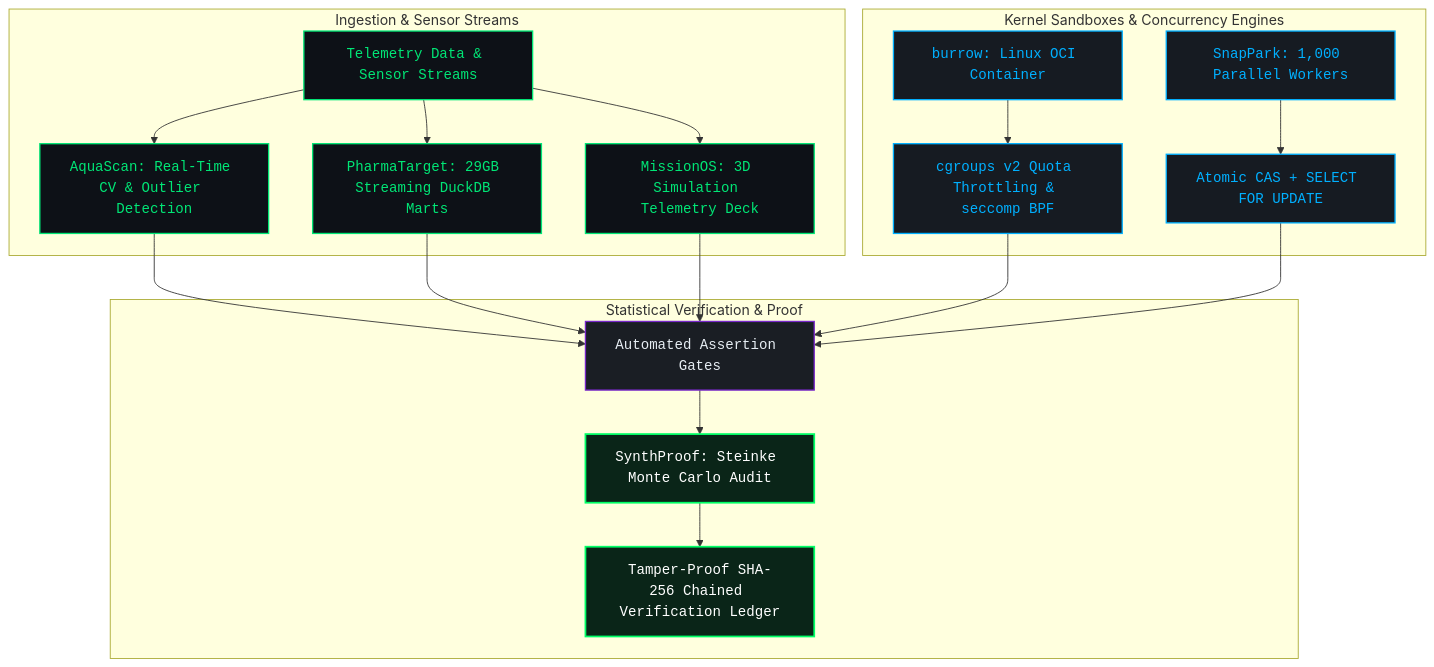
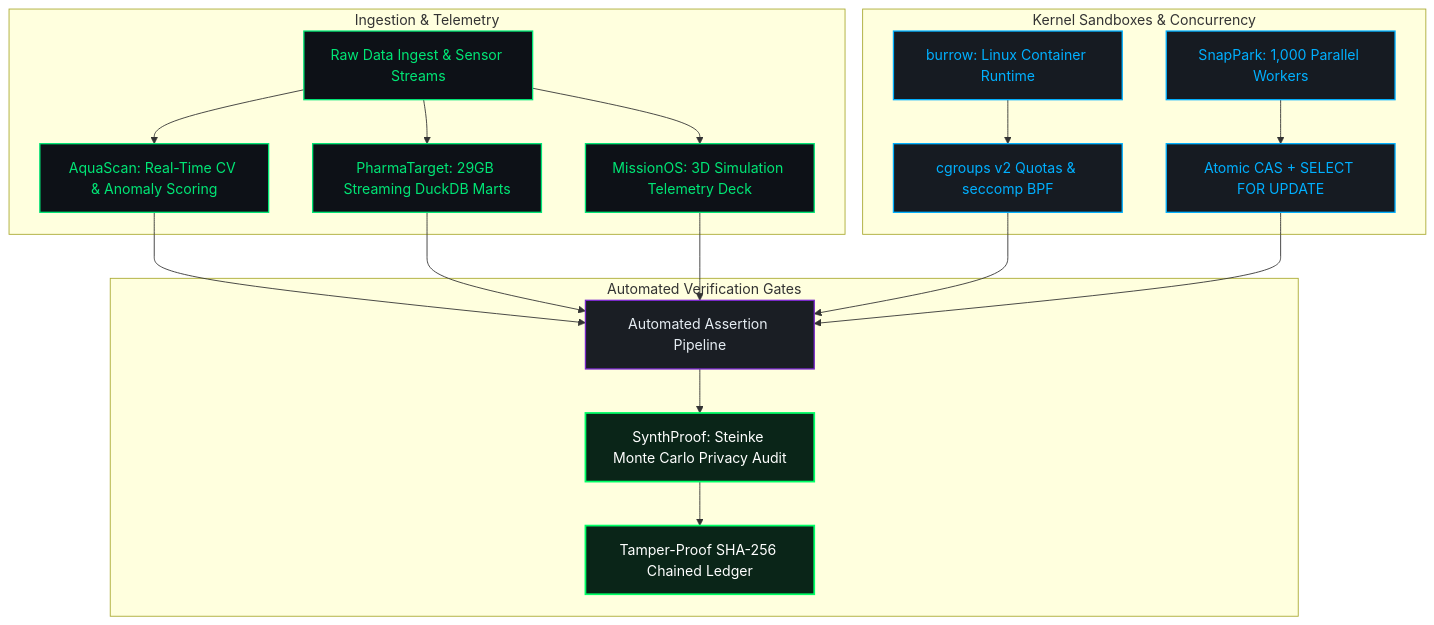
The diagram in README.md (rajmodi262/rajmodi262), drawn with Mermaid before and after one commit. The commit also changed other lines of this file, not shown here.

````diff
--- a/README.md
+++ b/README.md
@@ -67,28 +51,28 @@
 ```mermaid
 graph TD
-  classDef source fill:#0D1117,stroke:#00E676,stroke-width:1.5px,color:#00E676,font-family:monospace;
-  classDef sandbox fill:#161B22,stroke:#00B0FF,stroke-width:1.5px,color:#00B0FF,font-family:monospace;
-  classDef engine fill:#1A1E24,stroke:#7928CA,stroke-width:1.5px,color:#E6EDF3,font-family:monospace;
-  classDef verify fill:#0A2518,stroke:#00FF66,stroke-width:2px,color:#FFFFFF,font-family:monospace;
+  classDef source fill:#0D1117,stroke:#00E676,stroke-width:1.5px,color:#00E676;
+  classDef sandbox fill:#161B22,stroke:#00B0FF,stroke-width:1.5px,color:#00B0FF;
+  classDef engine fill:#1A1E24,stroke:#7928CA,stroke-width:1.5px,color:#E6EDF3;
+  classDef verify fill:#0A2518,stroke:#00FF66,stroke-width:2px,color:#FFFFFF;
 
-  subgraph Ingestion & Sensor Streams
-    A[Telemetry Data & Sensor Streams]:::source --> B[AquaScan: Real-Time CV & Outlier Detection]:::source
+  subgraph Ingestion & Telemetry
+    A[Raw Data Ingest & Sensor Streams]:::source --> B[AquaScan: Real-Time CV & Anomaly Scoring]:::source
     A --> C[PharmaTarget: 29GB Streaming DuckDB Marts]:::source
     A --> D[MissionOS: 3D Simulation Telemetry Deck]:::source
   end
 
-  subgraph Kernel Sandboxes & Concurrency Engines
-    E[burrow: Linux OCI Container]:::sandbox --> F[cgroups v2 Quota Throttling & seccomp BPF]:::sandbox
+  subgraph Kernel Sandboxes & Concurrency
+    E[burrow: Linux Container Runtime]:::sandbox --> F[cgroups v2 Quotas & seccomp BPF]:::sandbox
     G[SnapPark: 1,000 Parallel Workers]:::sandbox --> H[Atomic CAS + SELECT FOR UPDATE]:::sandbox
   end
 
-  subgraph Statistical Verification & Proof
-    B --> I[Automated Assertion Gates]:::engine
+  subgraph Automated Verification Gates
+    B --> I[Automated Assertion Pipeline]:::engine
     C --> I
     D --> I
     F --> I
     H --> I
-    I --> J[SynthProof: Steinke Monte Carlo Audit]:::verify
-    J --> K[Tamper-Proof SHA-256 Chained Verification Ledger]:::verify
+    I --> J[SynthProof: Steinke Monte Carlo Privacy Audit]:::verify
+    J --> K[Tamper-Proof SHA-256 Chained Ledger]:::verify
   end
 ```
````
